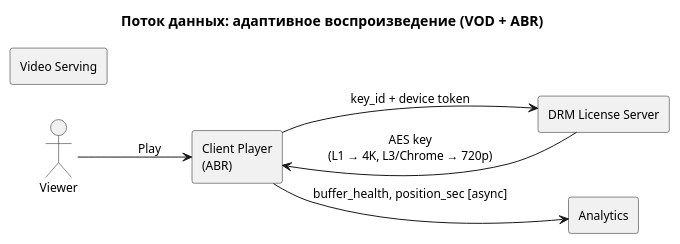
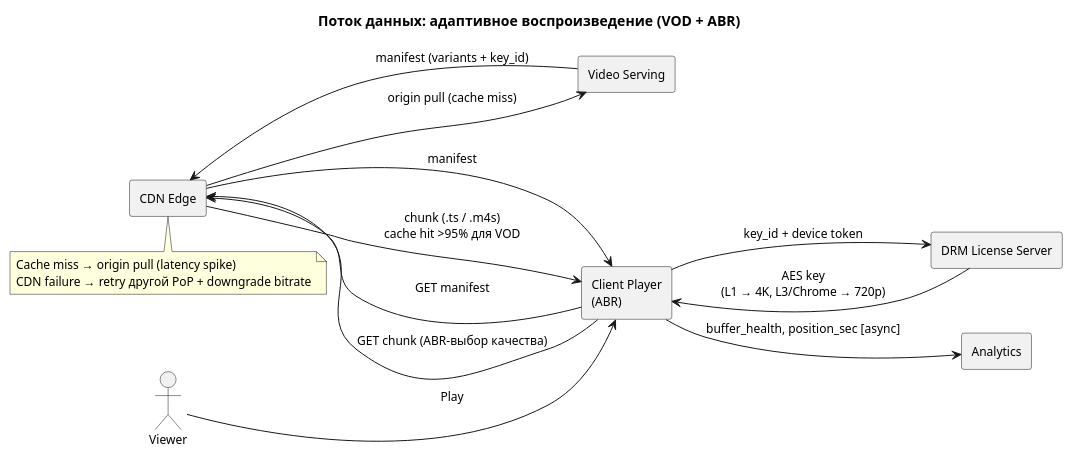
The diagram in hw_01/solution/diagrams/seq-abr-playback.puml (grahovsky/otus-systemdesign-homework), drawn with PlantUML before and after one commit.

```diff
--- a/hw_01/solution/diagrams/seq-abr-playback.puml
+++ b/hw_01/solution/diagrams/seq-abr-playback.puml
@@ -1,20 +1,33 @@
 @startuml seq-abr-playback
 title Поток данных: адаптивное воспроизведение (VOD + ABR)
 
 left to right direction
 skinparam defaultFontSize 12
 
 actor Viewer as viewer
 rectangle "Client Player\n(ABR)" as player
+rectangle "CDN Edge" as cdn
 rectangle "Video Serving" as serving
 rectangle "DRM License Server" as drm
 rectangle "Analytics" as analytics
 
 viewer   --> player  : Play
+player   --> cdn     : GET manifest
+cdn      --> serving : origin pull (cache miss)
+serving  --> cdn     : manifest (variants + key_id)
+cdn      --> player  : manifest
 
 player   --> drm     : key_id + device token
 drm      --> player  : AES key\n(L1 → 4K, L3/Chrome → 720p)
 
+player   --> cdn     : GET chunk (ABR-выбор качества)
+cdn      --> player  : chunk (.ts / .m4s)\ncache hit >95% для VOD
+
 player   --> analytics : buffer_health, position_sec [async]
 
+note bottom of cdn
+  Cache miss → origin pull (latency spike)
+  CDN failure → retry другой PoP + downgrade bitrate
+end note
+
 @enduml
```
